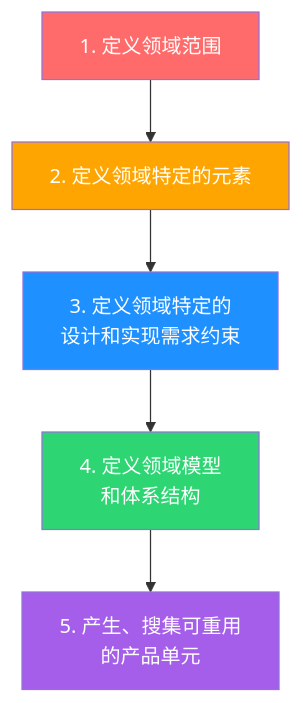
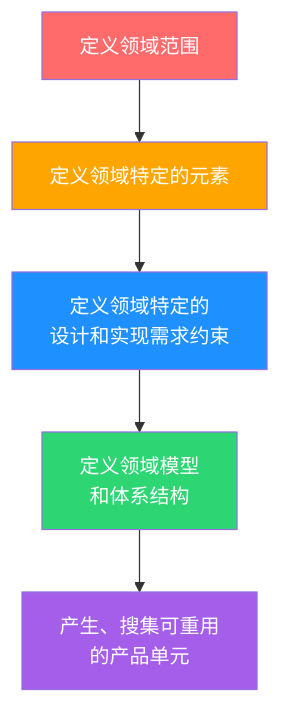
Before and after one commit to wanlinruo/system-architect-exam-prep: the ninth of 9 diagrams in 01-综合知识/06-系统架构设计基础知识.md, drawn with Mermaid. The commit also changed other lines of this file, not shown here.

````diff
--- a/01-综合知识/06-系统架构设计基础知识.md
+++ b/01-综合知识/06-系统架构设计基础知识.md
@@ -680,13 +680,13 @@
 ```mermaid
 graph TD
-    A["1. 定义领域范围"] --> B["2. 定义领域特定的元素"]
-    B --> C["3. 定义领域特定的<br>设计和实现需求约束"]
-    C --> D["4. 定义领域模型<br>和体系结构"]
-    D --> E["5. 产生、搜集可重用<br>的产品单元"]
+    A["定义领域范围"] --> B["定义领域特定的元素"]
+    B --> C["定义领域特定的<br>设计和实现需求约束"]
+    C --> D["定义领域模型<br>和体系结构"]
+    D --> E["产生、搜集可重用<br>的产品单元"]
 
     style A fill:#ff6b6b,color:#fff
     style B fill:#ffa502,color:#fff
     style C fill:#1e90ff,color:#fff
     style D fill:#2ed573,color:#fff
     style E fill:#a55eea,color:#fff
 ```
````
